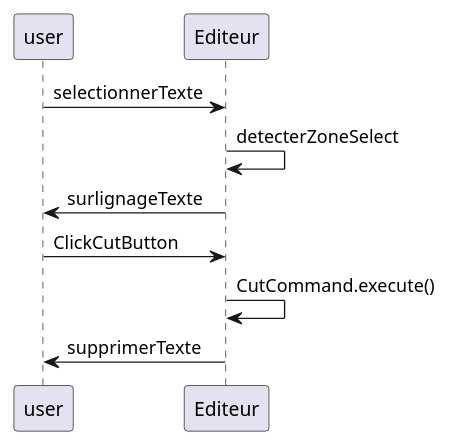
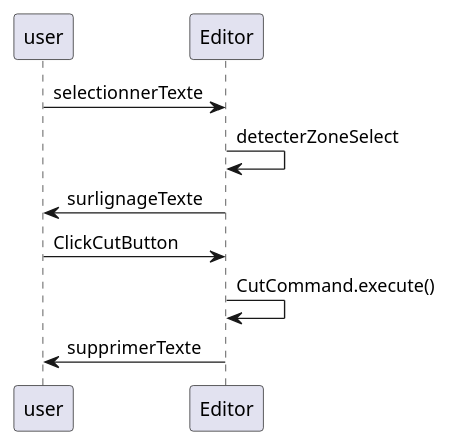
One commit to kiurow590/ESIR2_OMD_Project_Editor changed the diagram in UMLDiag/v1/SequenceCouper.puml. Above: the diagram before and after it, drawn with PlantUML. The commit also changed 12 other files, not shown here.

```diff
--- a/UMLDiag/v1/SequenceCouper.puml
+++ b/UMLDiag/v1/SequenceCouper.puml
@@ -1,9 +1,9 @@
 @startuml
 'https://plantuml.com/sequence-diagram
-user -> Editeur: selectionnerTexte
-Editeur -> Editeur: detecterZoneSelect
-Editeur -> user: surlignageTexte
-user -> Editeur: ClickCutButton
-Editeur -> Editeur: CutCommand.execute()
-Editeur -> user: supprimerTexte
+user -> Editor: selectionnerTexte
+Editor -> Editor: detecterZoneSelect
+Editor -> user: surlignageTexte
+user -> Editor: ClickCutButton
+Editor -> Editor: CutCommand.execute()
+Editor -> user: supprimerTexte
 @enduml
```
